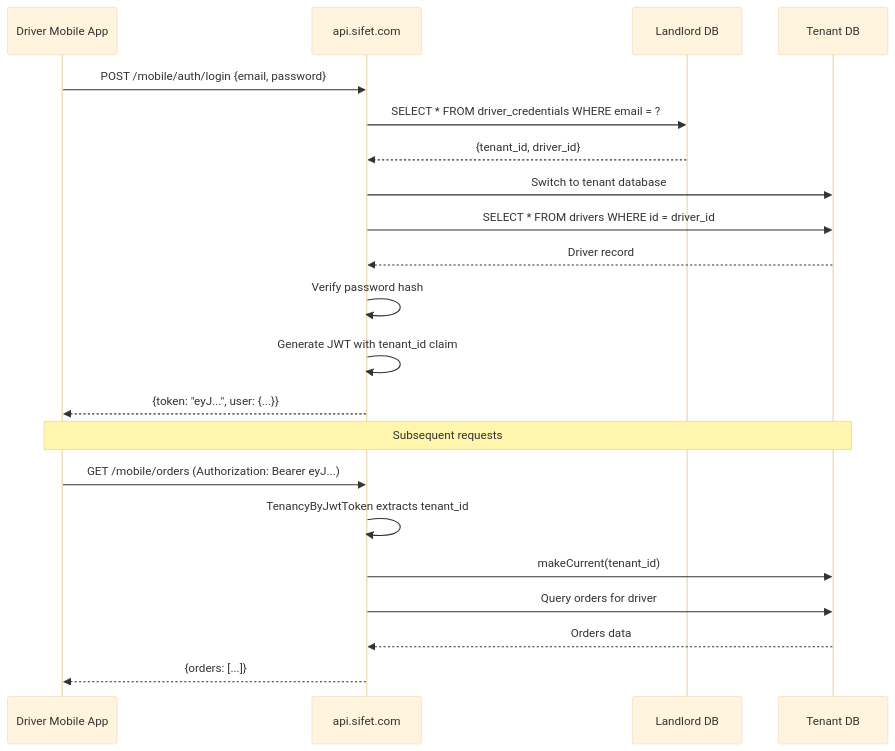
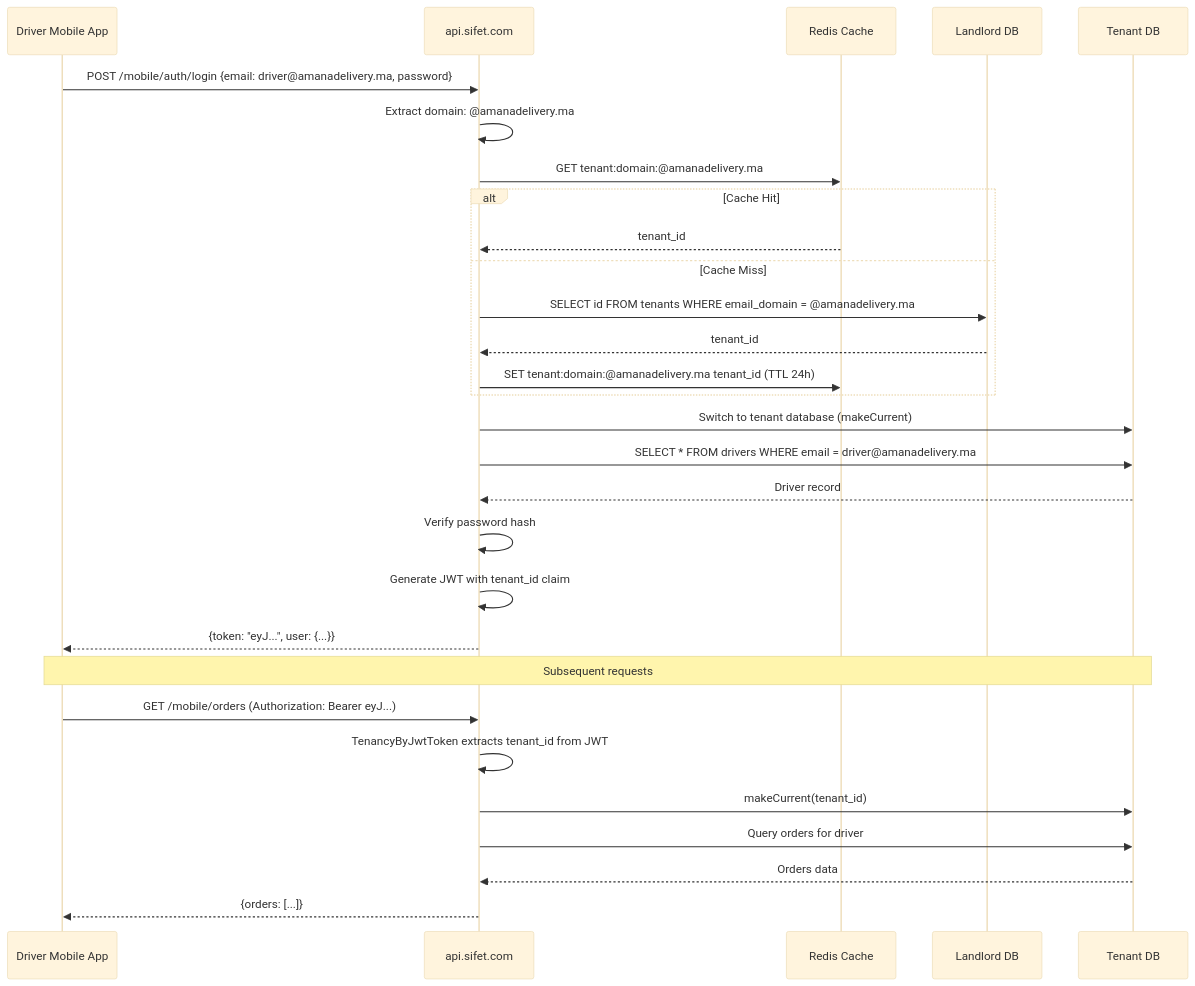
Before and after one commit to aouirachid/sifet-backend: the second of 2 diagrams in plan/jwt_auth_guards_config.plan.md, drawn with Mermaid (base theme). The commit also changed other lines of this file, not shown here.

Commit message:
docs: replace driver_credentials with email domain mapping approach for multi-tenancy compliance

````diff
--- a/plan/jwt_auth_guards_config.plan.md
+++ b/plan/jwt_auth_guards_config.plan.md
@@ -192,25 +222,33 @@
 ```mermaid
 sequenceDiagram
     participant App as Driver Mobile App
     participant API as api.sifet.com
+    participant Redis as Redis Cache
     participant Landlord as Landlord DB
     participant Tenant as Tenant DB
     
-    App->>API: POST /mobile/auth/login {email, password}
-    API->>Landlord: SELECT * FROM driver_credentials WHERE email = ?
-    Landlord-->>API: {tenant_id, driver_id}
-    API->>Tenant: Switch to tenant database
-    API->>Tenant: SELECT * FROM drivers WHERE id = driver_id
+    App->>API: POST /mobile/auth/login {email: driver@amanadelivery.ma, password}
+    API->>API: Extract domain: @amanadelivery.ma
+    API->>Redis: GET tenant:domain:@amanadelivery.ma
+    alt Cache Hit
+        Redis-->>API: tenant_id
+    else Cache Miss
+        API->>Landlord: SELECT id FROM tenants WHERE email_domain = @amanadelivery.ma
+        Landlord-->>API: tenant_id
+        API->>Redis: SET tenant:domain:@amanadelivery.ma tenant_id (TTL 24h)
+    end
+    API->>Tenant: Switch to tenant database (makeCurrent)
+    API->>Tenant: SELECT * FROM drivers WHERE email = driver@amanadelivery.ma
     Tenant-->>API: Driver record
     API->>API: Verify password hash
     API->>API: Generate JWT with tenant_id claim
     API-->>App: {token: "eyJ...", user: {...}}
     
     Note over App,Tenant: Subsequent requests
     App->>API: GET /mobile/orders (Authorization: Bearer eyJ...)
-    API->>API: TenancyByJwtToken extracts tenant_id
+    API->>API: TenancyByJwtToken extracts tenant_id from JWT
     API->>Tenant: makeCurrent(tenant_id)
     API->>Tenant: Query orders for driver
     Tenant-->>API: Orders data
     API-->>App: {orders: [...]}
 ```
````
